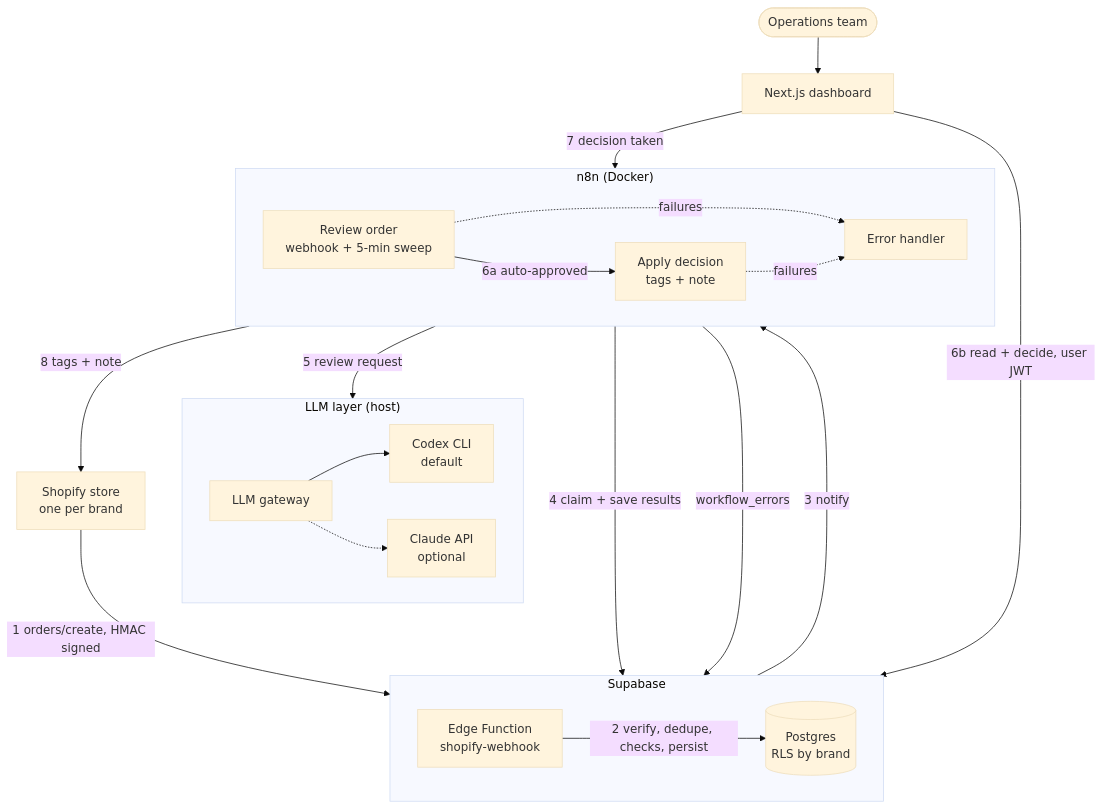
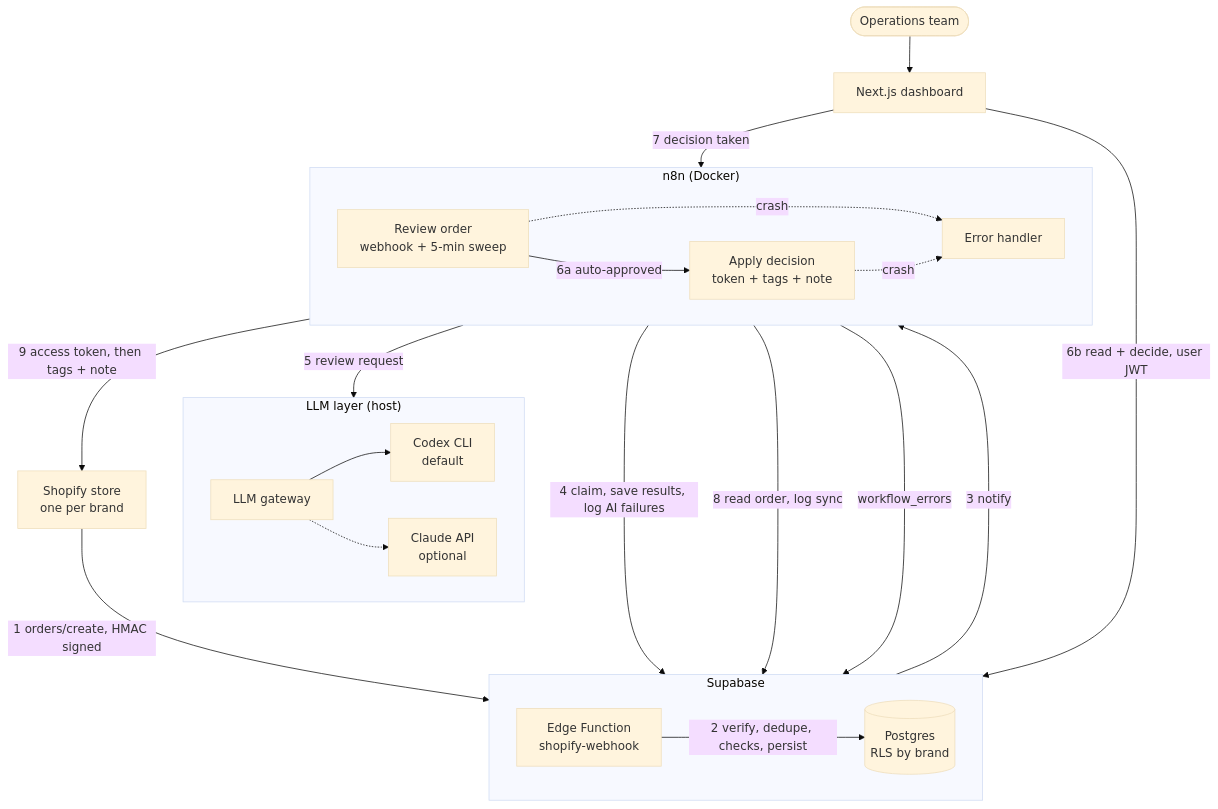
Before and after one commit to SamukDantas/order-ops-copilot: the first of 4 diagrams in README.md, drawn with Mermaid (base theme). The commit also changed other lines of this file and 2 other files, not shown here.

First line of the commit message:
docs: diagramas de arquitetura e sequência alinhados ao código

````diff
--- a/README.md
+++ b/README.md
@@ -38,43 +38,44 @@
 ```mermaid
 flowchart TB
     STORE["Shopify store<br/>one per brand"]
     OPS(["Operations team"])
 
     subgraph SB["Supabase"]
         direction LR
         EF["Edge Function<br/>shopify-webhook"]
         DB[("Postgres<br/>RLS by brand")]
     end
 
     subgraph N8N["n8n (Docker)"]
         direction LR
         WF1["Review order<br/>webhook + 5-min sweep"]
-        WF2["Apply decision<br/>tags + note"]
+        WF2["Apply decision<br/>token + tags + note"]
         WF3["Error handler"]
     end
 
     subgraph HOST["LLM layer (host)"]
         direction LR
         GW["LLM gateway"]
         CODEX["Codex CLI<br/>default"]
         CLAUDE["Claude API<br/>optional"]
     end
 
     UI["Next.js dashboard"]
 
     STORE -- "1 orders/create, HMAC signed" --> EF
     EF -- "2 verify, dedupe, checks, persist" --> DB
     EF -- "3 notify" --> WF1
-    WF1 -- "4 claim + save results" --> DB
+    WF1 -- "4 claim, save results, log AI failures" --> DB
     WF1 -- "5 review request" --> GW
     GW --> CODEX
     GW -.-> CLAUDE
     WF1 -- "6a auto-approved" --> WF2
     OPS --> UI
     UI -- "6b read + decide, user JWT" --> DB
     UI -- "7 decision taken" --> WF2
-    WF2 -- "8 tags + note" --> STORE
-    WF1 -. "failures" .-> WF3
-    WF2 -. "failures" .-> WF3
+    WF2 -- "8 read order, log sync" --> DB
+    WF2 -- "9 access token, then tags + note" --> STORE
+    WF1 -. "crash" .-> WF3
+    WF2 -. "crash" .-> WF3
     WF3 -- "workflow_errors" --> DB
 ```
````
